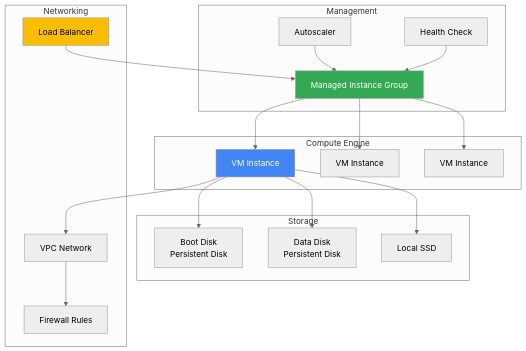
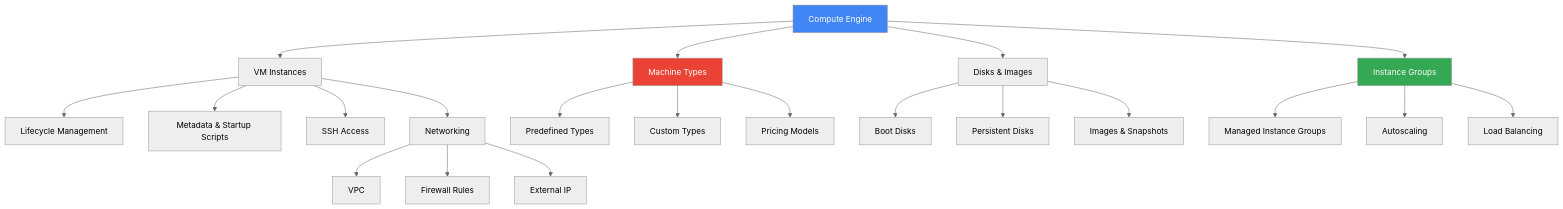
The diagram in 03-compute-engine/README.md (viacheslavprokosa/gcp-associate-cloud-engineer-ua), drawn with Mermaid (neutral theme) before and after one commit. The commit also changed other lines of this file, not shown here.

````diff
--- a/03-compute-engine/README.md
+++ b/03-compute-engine/README.md
@@ -48,45 +43,32 @@
 ```mermaid
 graph TB
-    subgraph "Compute Engine"
-        VM1[VM Instance]
-        VM2[VM Instance]
-        VM3[VM Instance]
-    end
+    A[Compute Engine] --> B[VM Instances]
+    A --> C[Machine Types]
+    A --> D[Disks & Images]
+    A --> E[Instance Groups]
     
-    subgraph "Storage"
-        PD1[Boot Disk<br/>Persistent Disk]
-        PD2[Data Disk<br/>Persistent Disk]
-        SSD[Local SSD]
-    end
+    B --> B1[Lifecycle Management]
+    B --> B2[Metadata & Startup Scripts]
+    B --> B3[SSH Access]
     
-    subgraph "Networking"
-        VPC[VPC Network]
-        FW[Firewall Rules]
-        LB[Load Balancer]
-    end
+    C --> C1[Predefined Types]
+    C --> C2[Custom Types]
+    C --> C3[Pricing Models]
     
-    subgraph "Management"
-        MIG[Managed Instance Group]
-        AS[Autoscaler]
-        HC[Health Check]
-    end
+    D --> D1[Boot Disks]
+    D --> D2[Persistent Disks]
+    D --> D3[Images & Snapshots]
     
-    VM1 --> PD1
-    VM1 --> PD2
-    VM1 --> SSD
-    VM1 --> VPC
+    E --> E1[Managed Instance Groups]
+    E --> E2[Autoscaling]
+    E --> E3[Load Balancing]
     
-    MIG --> VM1
-    MIG --> VM2
-    MIG --> VM3
+    B --> F[Networking]
+    F --> F1[VPC]
+    F --> F2[Firewall Rules]
+    F --> F3[External IP]
     
-    AS --> MIG
-    HC --> MIG
-    LB --> MIG
-    
-    VPC --> FW
-    
-    style VM1 fill:#4285f4,color:#fff
-    style MIG fill:#34a853,color:#fff
-    style LB fill:#fbbc04
+    style A fill:#4285f4,color:#fff
+    style C fill:#ea4335,color:#fff
+    style E fill:#34a853,color:#fff
 ```
````
